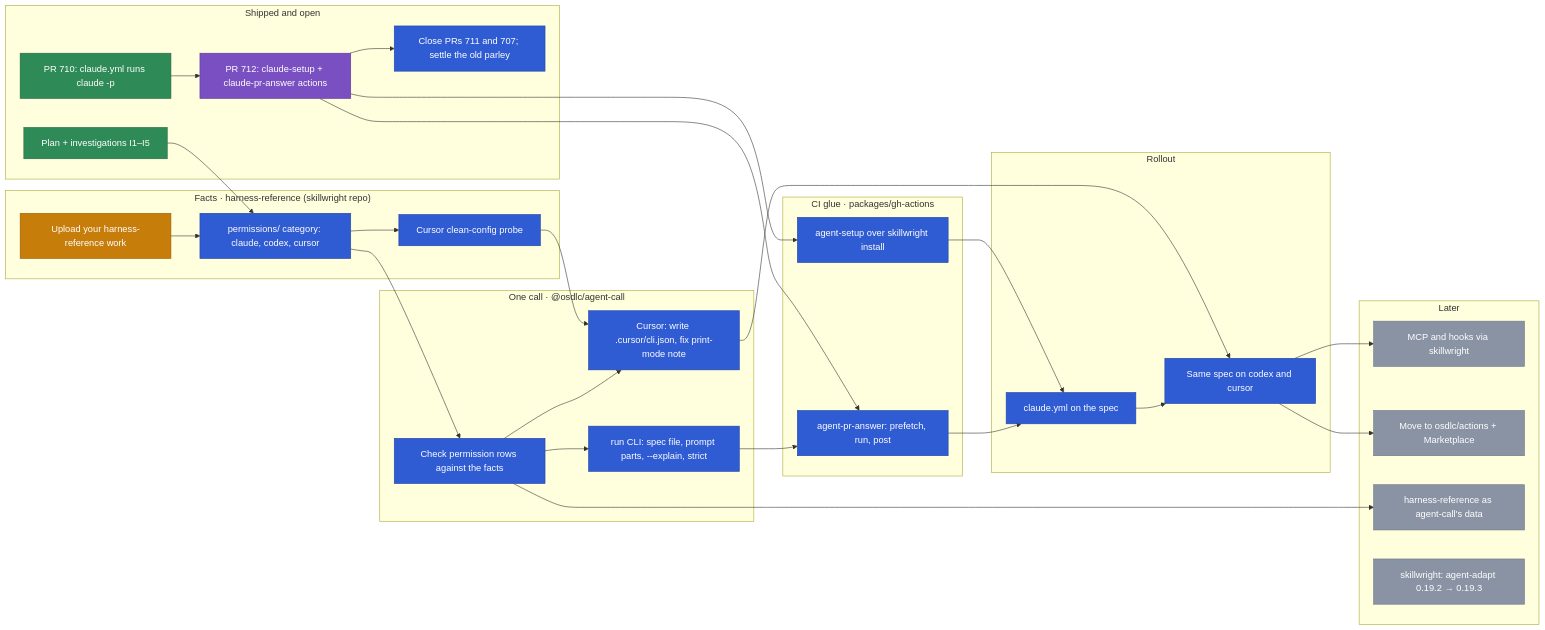
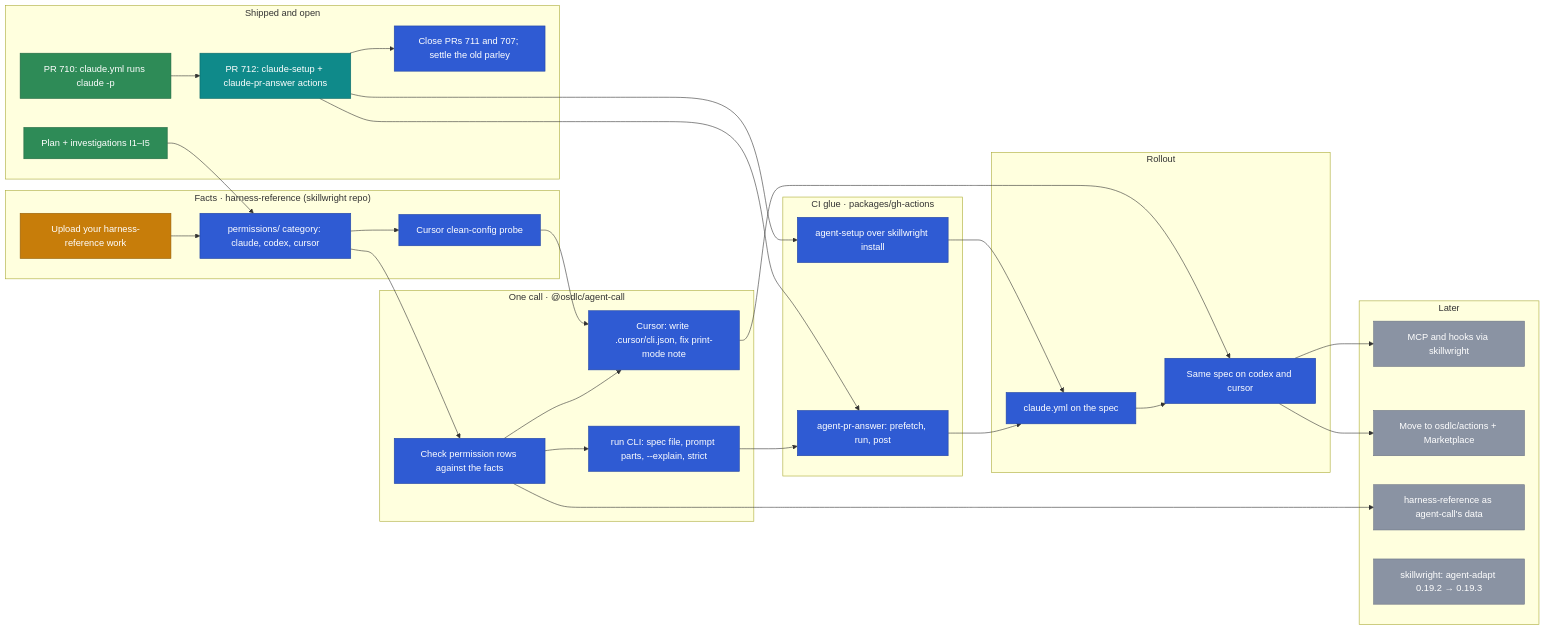
One commit to osdlc/osdlc changed the diagram in docs/planning/agent-ci.md. Above: the diagram before and after it, drawn with Mermaid. The commit also changed other lines of this file, not shown here.

Commit message:
docs(planning): track PRs in review separately from ready to merge

````diff
--- a/docs/planning/agent-ci.md
+++ b/docs/planning/agent-ci.md
@@ -25,64 +26,65 @@
 ```mermaid
 flowchart LR
   subgraph now["Shipped and open"]
     W710["PR 710: claude.yml runs claude -p"]
     P712["PR 712: claude-setup + claude-pr-answer actions"]
     PLAN["Plan + investigations I1–I5"]
     CLOSE["Close PRs 711 and 707; settle the old parley"]
   end
   subgraph facts["Facts · harness-reference (skillwright repo)"]
     UP["Upload your harness-reference work"]
     PERM["permissions/ category: claude, codex, cursor"]
     PROBE["Cursor clean-config probe"]
   end
   subgraph call["One call · @osdlc/agent-call"]
     CHECK["Check permission rows against the facts"]
     CUR["Cursor: write .cursor/cli.json, fix print-mode note"]
     RUN["run CLI: spec file, prompt parts, --explain, strict"]
   end
   subgraph acts["CI glue · packages/gh-actions"]
     SETUP["agent-setup over skillwright install"]
     ANS["agent-pr-answer: prefetch, run, post"]
   end
   subgraph roll["Rollout"]
     SPEC["claude.yml on the spec"]
     MULTI["Same spec on codex and cursor"]
   end
   subgraph later["Later"]
     MCP["MCP and hooks via skillwright"]
     PUB["Move to osdlc/actions + Marketplace"]
     DATA["harness-reference as agent-call's data"]
     PIN["skillwright: agent-adapt 0.19.2 → 0.19.3"]
   end
 
   W710 --> P712
   P712 --> CLOSE
   UP --> PERM
   PLAN --> PERM
   PERM --> PROBE
   PERM --> CHECK
   PROBE --> CUR
   CHECK --> CUR
   CHECK --> RUN
   P712 --> SETUP
   P712 --> ANS
   RUN --> ANS
   SETUP --> SPEC
   ANS --> SPEC
   CUR --> MULTI
   SPEC --> MULTI
   MULTI --> MCP
   MULTI --> PUB
   CHECK --> DATA
 
   classDef done fill:#2e8b57,stroke:#1f6640,color:#ffffff
-  classDef open fill:#7a4fc2,stroke:#5a3596,color:#ffffff
+  classDef review fill:#0f8a8a,stroke:#0a6666,color:#ffffff
+  classDef ready fill:#7a4fc2,stroke:#5a3596,color:#ffffff
   classDef active fill:#c77d0a,stroke:#94600a,color:#ffffff
   classDef next fill:#2f5bd3,stroke:#2144a3,color:#ffffff
   classDef later fill:#8a93a3,stroke:#6b7384,color:#ffffff
   class W710,PLAN done
-  class P712 open
+  class P712 review
   class UP active
   class CLOSE,PERM,PROBE,CHECK,CUR,RUN,SETUP,ANS,SPEC,MULTI next
   class MCP,PUB,DATA,PIN later
 ```
````
